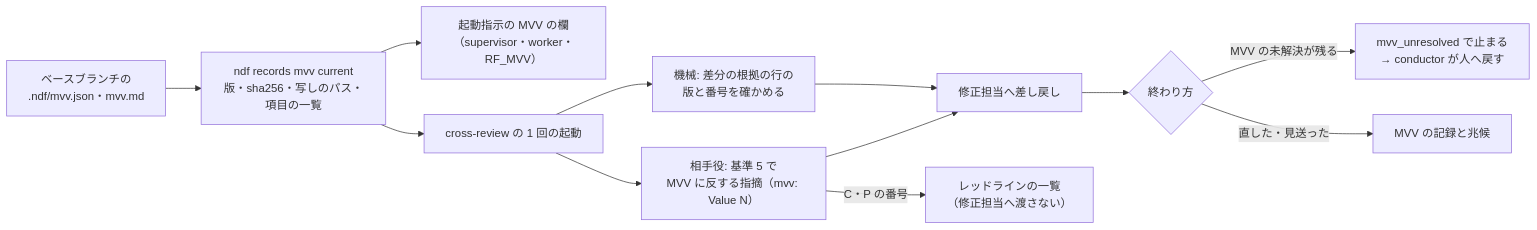
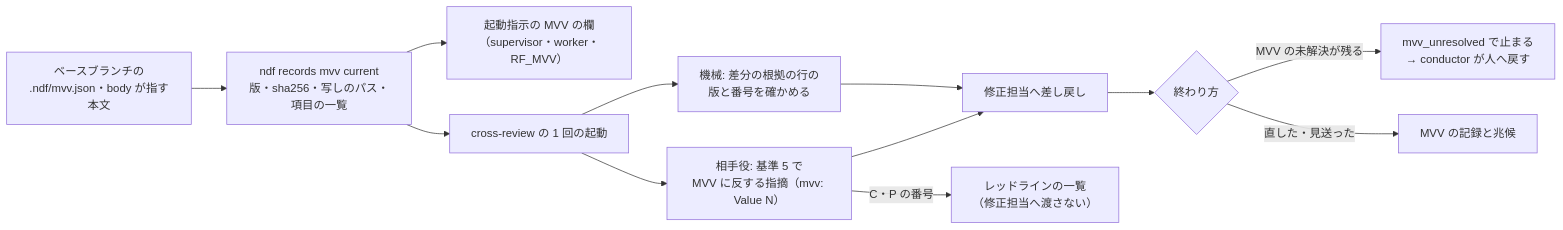
One commit to devbasex/ai-plugins changed the second of 3 diagrams in issues/issue-4076-design.md. Above: the diagram before and after it, drawn with Mermaid. The commit also changed other lines of this file, not shown here.

Commit message:
Docs: MVV の本文の場所は設定の body から読むと影響欄に書く（#4076）

````diff
--- a/issues/issue-4076-design.md
+++ b/issues/issue-4076-design.md
@@ -55,14 +55,14 @@
 ```mermaid
 graph LR
-  B["ベースブランチの<br>.ndf/mvv.json・mvv.md"] --> CUR["ndf records mvv current<br>版・sha256・写しのパス・項目の一覧"]
+  B["ベースブランチの<br>.ndf/mvv.json・body が指す本文"] --> CUR["ndf records mvv current<br>版・sha256・写しのパス・項目の一覧"]
   CUR --> IN["起動指示の MVV の欄<br>（supervisor・worker・RF_MVV）"]
   CUR --> CR["cross-review の 1 回の起動"]
   CR --> RV["相手役: 基準 5 で<br>MVV に反する指摘（mvv: Value N）"]
   CR --> CK["機械: 差分の根拠の行の<br>版と番号を確かめる"]
   RV --> FX["修正担当へ差し戻し"]
   CK --> FX
   RV -->|C・P の番号| RL["レッドラインの一覧<br>（修正担当へ渡さない）"]
   FX --> END{"終わり方"}
   END -->|MVV の未解決が残る| STOP["mvv_unresolved で止まる<br>→ conductor が人へ戻す"]
   END -->|直した・見送った| REC["MVV の記録と兆候"]
 ```
````
